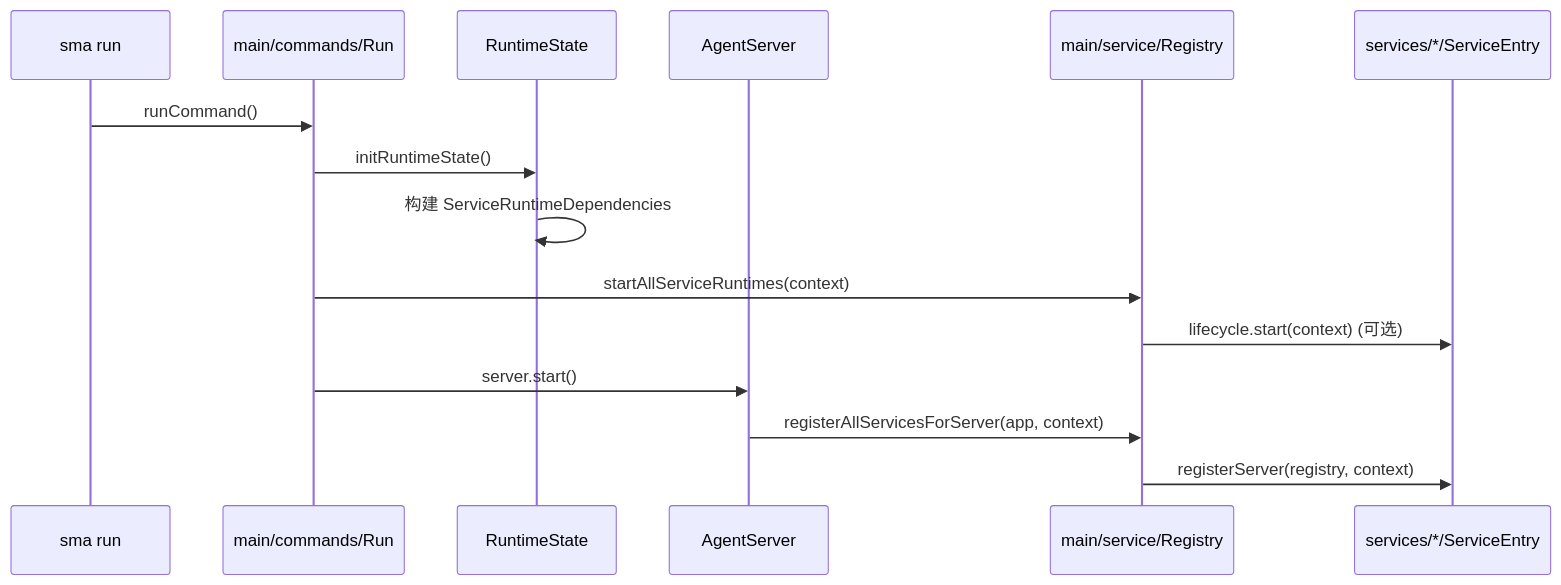
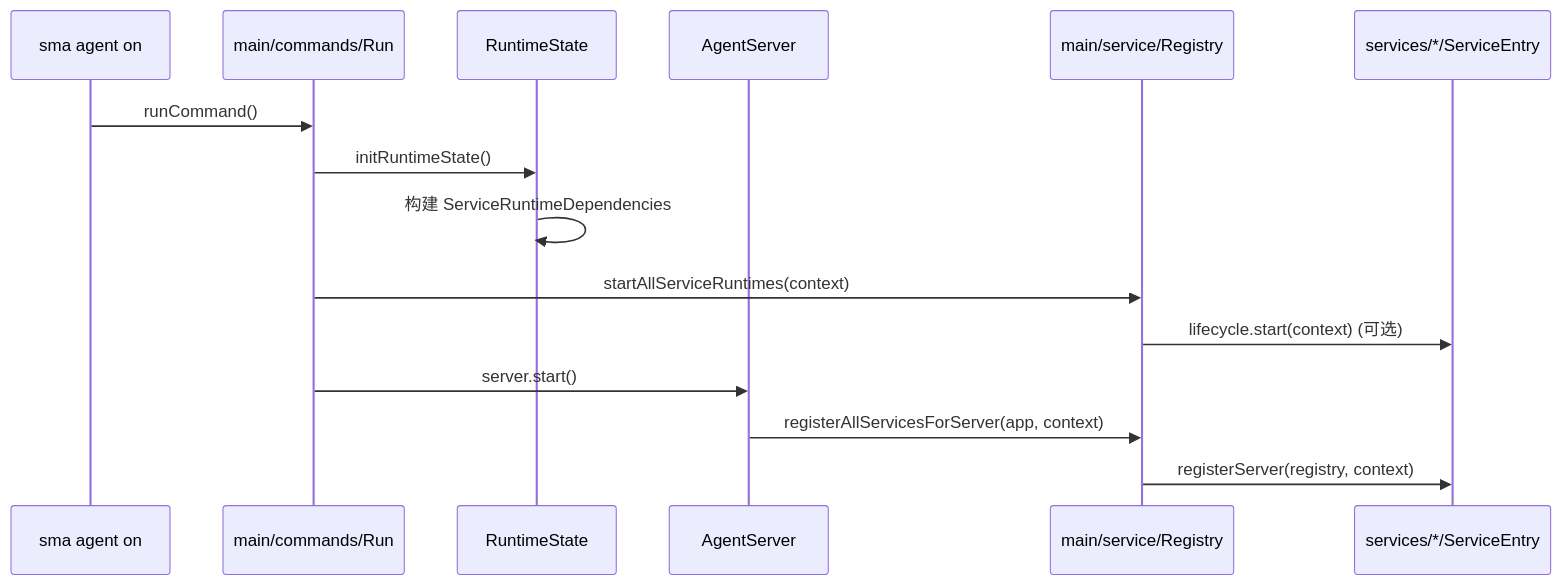
Before and after one commit to wangenius/downcity: the first of 3 diagrams in docs/RtCCXmbydG1c/index.mdx, drawn with Mermaid. The commit also changed other lines of this file and 69 other files, not shown here.

````diff
--- a/docs/RtCCXmbydG1c/index.mdx
+++ b/docs/RtCCXmbydG1c/index.mdx
@@ -14,18 +14,18 @@
 ```mermaid
 sequenceDiagram
-  participant CLI as sma run
+  participant CLI as sma agent on
   participant Run as main/commands/Run
   participant RT as RuntimeState
   participant SV as AgentServer
   participant RG as main/service/Registry
   participant SE as services/*/ServiceEntry
 
   CLI->>Run: runCommand()
   Run->>RT: initRuntimeState()
   RT->>RT: 构建 ServiceRuntimeDependencies
   Run->>RG: startAllServiceRuntimes(context)
   RG->>SE: lifecycle.start(context) (可选)
   Run->>SV: server.start()
   SV->>RG: registerAllServicesForServer(app, context)
   RG->>SE: registerServer(registry, context)
 ```
````
